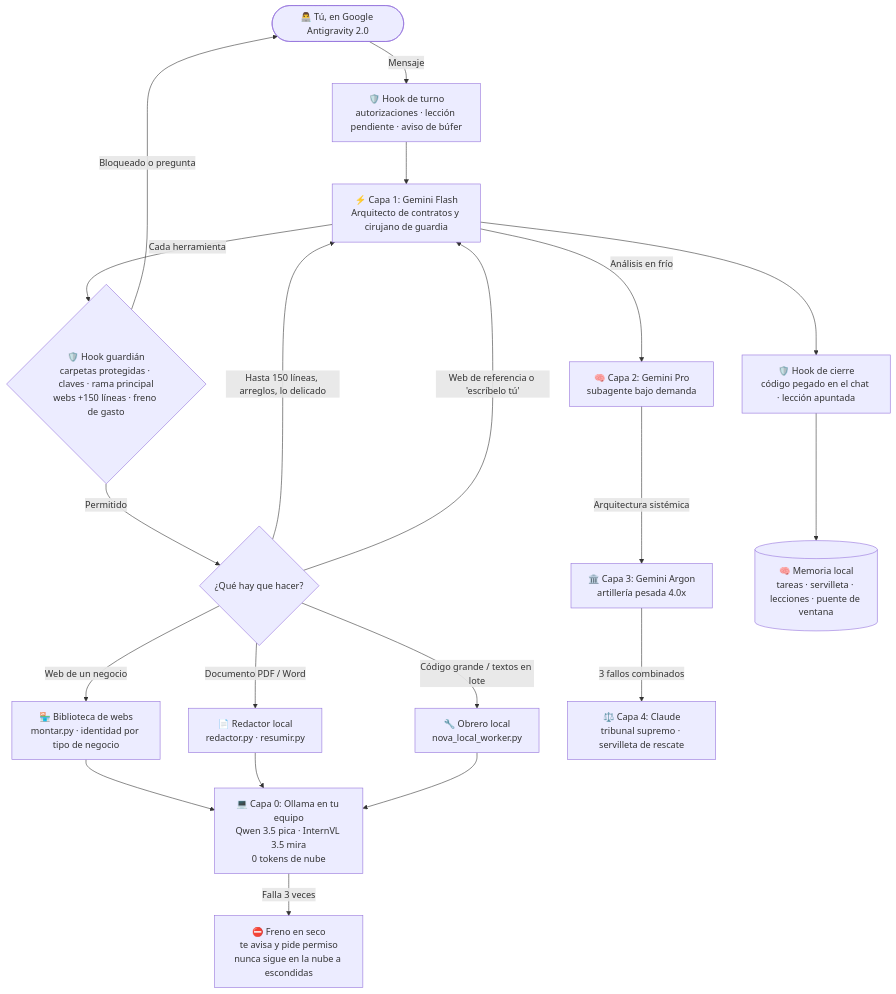
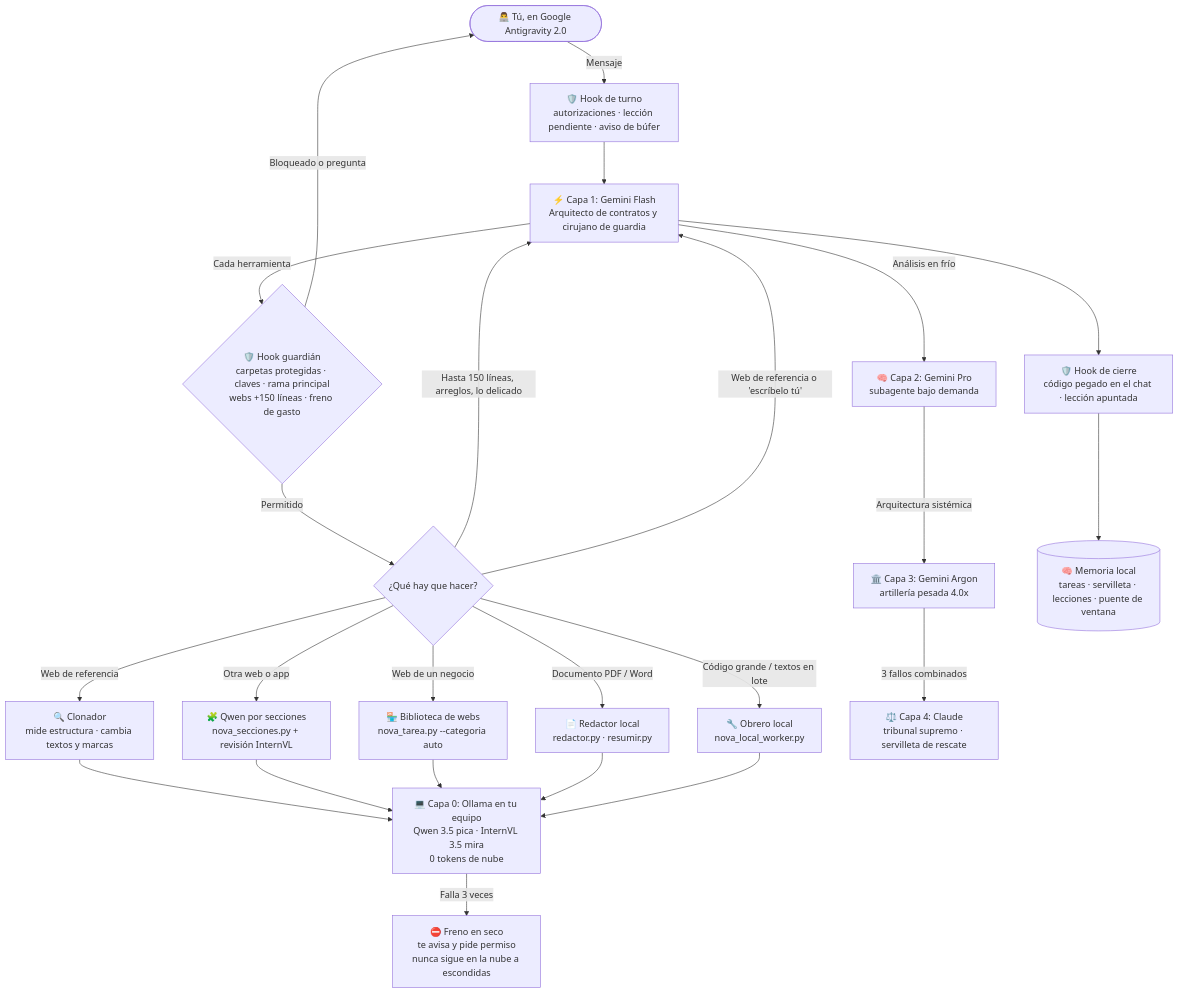
The diagram in README.md (Luaz2021/Nova-Agent-Core-Demo), drawn with Mermaid before and after one commit. The commit also changed other lines of this file and 113 other files, not shown here.

Commit message:
feat(v3.0): 20 skills, herramientas, pipeline de webs y clonador (motor)

````diff
--- a/README.md
+++ b/README.md
@@ -48,25 +48,29 @@
 ```mermaid
 flowchart TD
     User([👨‍💻 Tú, en Google Antigravity 2.0]) -->|Mensaje| Pre[🛡️ Hook de turno<br>autorizaciones · lección pendiente · aviso de búfer]
     Pre --> Flash[⚡ Capa 1: Gemini Flash<br>Arquitecto de contratos y cirujano de guardia]
     Flash -->|Cada herramienta| Guard{🛡️ Hook guardián<br>carpetas protegidas · claves · rama principal<br>webs +150 líneas · freno de gasto}
     Guard -->|Bloqueado o pregunta| User
     Guard -->|Permitido| Dispatcher{¿Qué hay que hacer?}
 
-    Dispatcher -->|Web de un negocio| Biblio[🏪 Biblioteca de webs<br>montar.py · identidad por tipo de negocio]
+    Dispatcher -->|Web de un negocio| Biblio[🏪 Biblioteca de webs<br>nova_tarea.py --categoria auto]
+    Dispatcher -->|Web de referencia| Clon[🔍 Clonador<br>mide estructura · cambia textos y marcas]
+    Dispatcher -->|Otra web o app| Secciones[🧩 Qwen por secciones<br>nova_secciones.py + revisión InternVL]
+    Clon --> Capa0
+    Secciones --> Capa0
     Dispatcher -->|Documento PDF / Word| Redactor[📄 Redactor local<br>redactor.py · resumir.py]
     Dispatcher -->|Código grande / textos en lote| Obrero[🔧 Obrero local<br>nova_local_worker.py]
     Biblio --> Capa0
     Redactor --> Capa0
     Obrero --> Capa0[💻 Capa 0: Ollama en tu equipo<br>Qwen 3.5 pica · InternVL 3.5 mira<br>0 tokens de nube]
 
     Dispatcher -->|Hasta 150 líneas, arreglos, lo delicado| Flash
     Dispatcher -->|Web de referencia o 'escríbelo tú'| Flash
     Capa0 -->|Falla 3 veces| Freno[⛔ Freno en seco<br>te avisa y pide permiso<br>nunca sigue en la nube a escondidas]
     Flash -->|Análisis en frío| Pro[🧠 Capa 2: Gemini Pro<br>subagente bajo demanda]
     Pro -->|Arquitectura sistémica| Argon[🏛️ Capa 3: Gemini Argon<br>artillería pesada 4.0x]
     Argon -->|3 fallos combinados| Claude[⚖️ Capa 4: Claude<br>tribunal supremo · servilleta de rescate]
 
     Flash --> Stop[🛡️ Hook de cierre<br>código pegado en el chat · lección apuntada]
     Stop --> Memoria[(🧠 Memoria local<br>tareas · servilleta · lecciones · puente de ventana)]
 ```
````
